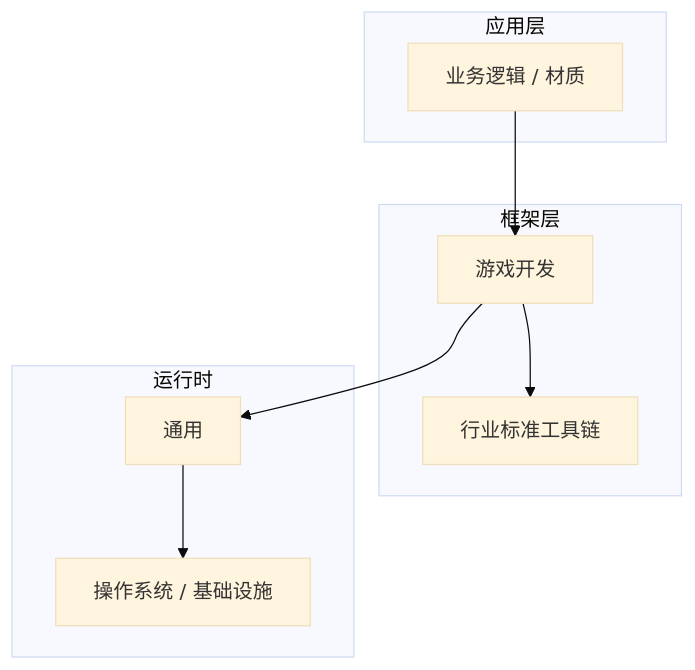
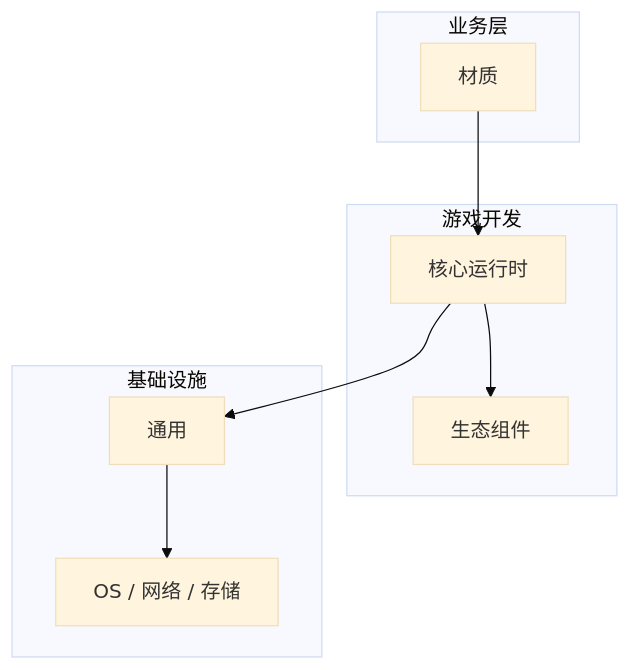
Before and after one commit to yanggan2015/knowledge-json-v2: the diagram in articles/游戏开发/chapters/071-材质核心概念与原理.md, drawn with Mermaid (base theme). The commit also changed other lines of this file and 10127 other files, not shown here.

````diff
--- a/articles/游戏开发/chapters/071-材质核心概念与原理.md
+++ b/articles/游戏开发/chapters/071-材质核心概念与原理.md
@@ -45,18 +30,18 @@
 ```mermaid
 graph TB
-    subgraph 应用层
-        A[业务逻辑 / 材质]
+    subgraph 业务层
+        A[材质]
     end
-    subgraph 框架层
-        B[游戏开发]
-        C[行业标准工具链]
+    subgraph 游戏开发
+        B[核心运行时]
+        C[生态组件]
     end
-    subgraph 运行时
+    subgraph 基础设施
         D[通用]
-        E[操作系统 / 基础设施]
+        E[OS / 网络 / 存储]
     end
     A --> B
     B --> C
     B --> D
     D --> E
 ```
````
